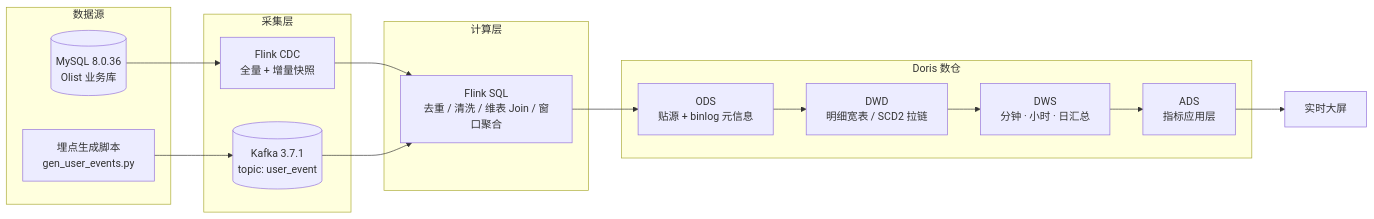
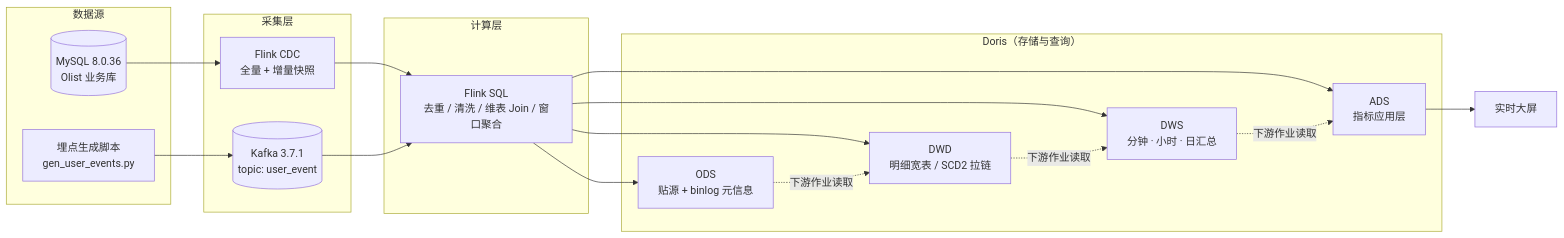
The diagram in README.md (Enrrish/ecommerce-real-time-datawarehouse), drawn with Mermaid before and after one commit. The commit also changed other lines of this file and 8 other files, not shown here.

````diff
--- a/README.md
+++ b/README.md
@@ -25,29 +25,36 @@
 ```mermaid
 flowchart LR
     subgraph SRC["数据源"]
         MYSQL[("MySQL 8.0.36<br/>Olist 业务库")]
         GEN["埋点生成脚本<br/>gen_user_events.py"]
     end
 
     subgraph ING["采集层"]
         CDC["Flink CDC<br/>全量 + 增量快照"]
         KAFKA[("Kafka 3.7.1<br/>topic: user_event")]
     end
 
     subgraph COMPUTE["计算层"]
         FLINK["Flink SQL<br/>去重 / 清洗 / 维表 Join / 窗口聚合"]
     end
 
-    subgraph OLAP["Doris 数仓"]
+    subgraph OLAP["Doris（存储与查询）"]
         ODS["ODS<br/>贴源 + binlog 元信息"]
         DWD["DWD<br/>明细宽表 / SCD2 拉链"]
         DWS["DWS<br/>分钟 · 小时 · 日汇总"]
         ADS["ADS<br/>指标应用层"]
     end
 
     DASH["实时大屏"]
 
     MYSQL --> CDC --> FLINK
     GEN --> KAFKA --> FLINK
-    FLINK --> ODS --> DWD --> DWS --> ADS --> DASH
+    FLINK --> ODS
+    FLINK --> DWD
+    FLINK --> DWS
+    FLINK --> ADS
+    ODS -. 下游作业读取 .-> DWD
+    DWD -. 下游作业读取 .-> DWS
+    DWS -. 下游作业读取 .-> ADS
+    ADS --> DASH
 ```
````
